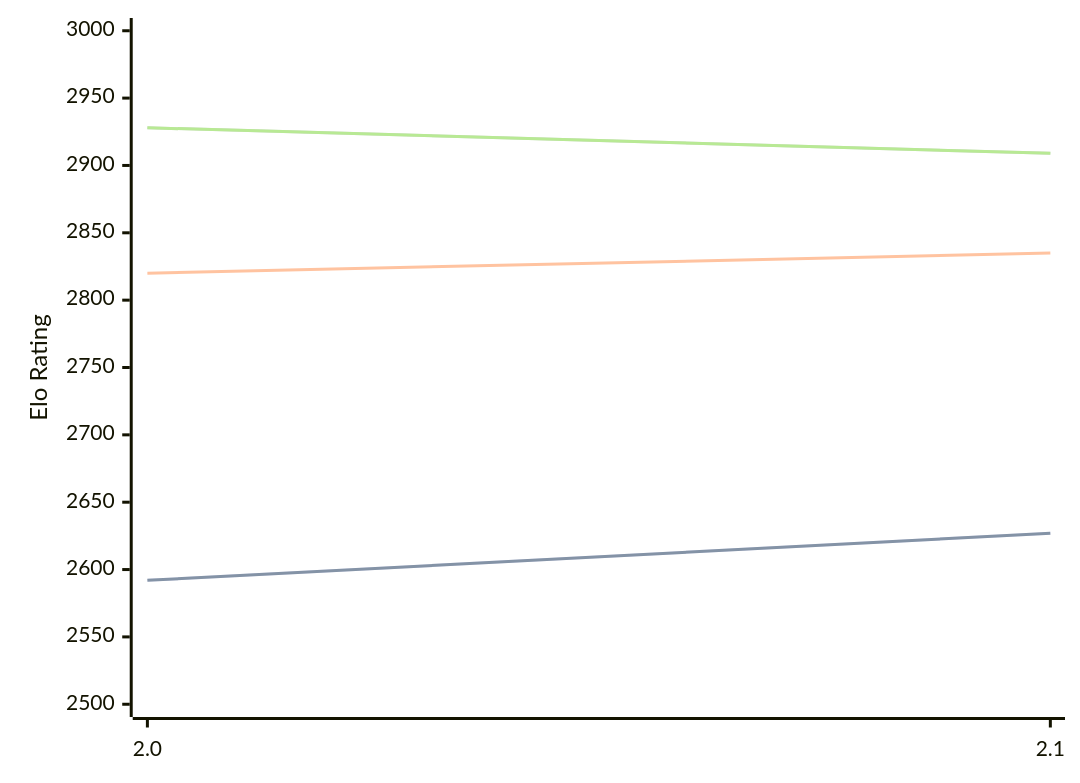
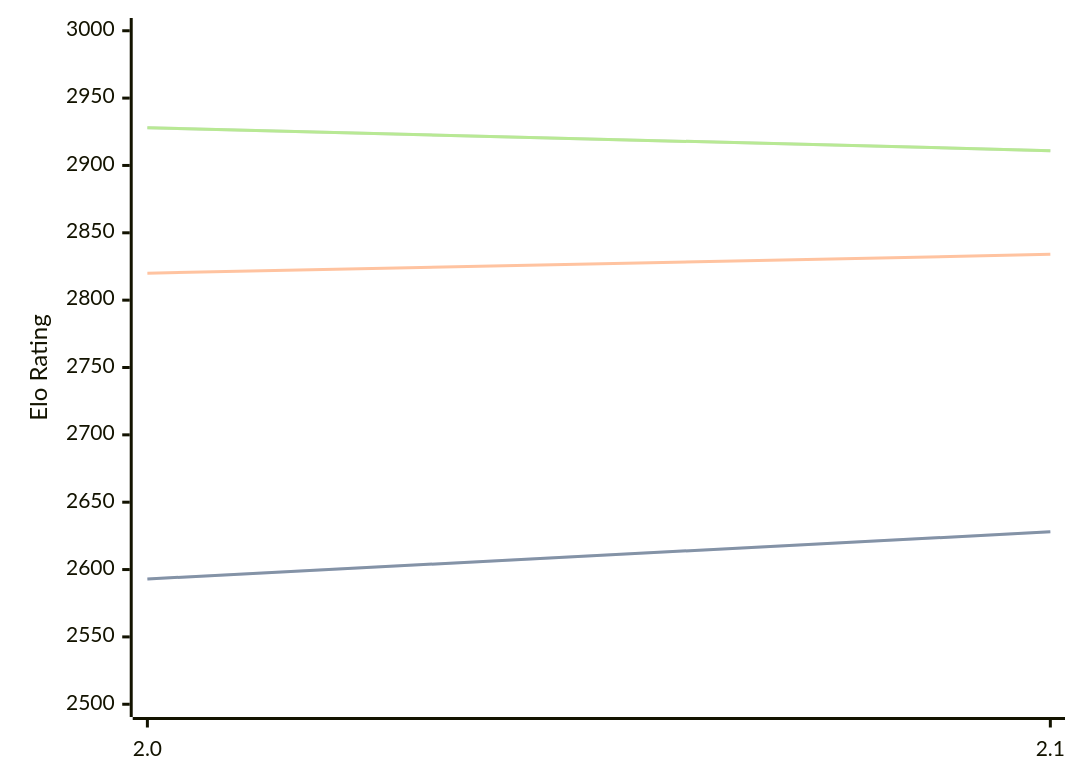
Before and after one commit to computer-chess-index/cci: the first of 3 diagrams in engines/Noggin.md, drawn with Mermaid. The commit also changed other lines of this file, not shown here.

Commit message:
Update CCI Ratings (ELO VLTC) - 2026-07-13

````diff
--- a/engines/Noggin.md
+++ b/engines/Noggin.md
@@ -33,11 +33,11 @@
 ```mermaid
 %%{init: {"theme":"base","themeVariables":{"seriesColors:['#a3a3a3','#222221','#faa371']}}}%%
 xychart-beta
   x-axis ["2.0", "2.1"]
   y-axis "Elo Rating" 2500 --> 3000
-  line "STC (8.0+0.08s)" [2592, 2627]
-  line "STC (8.0+0.08s)" [2592, 2627]
-  line "LTC (60.0+0.60s)" [2820, 2835]
-  line "VLTC (2m24s+1.12s)" [2928, 2909]
-  line "VLTC (2m24s+1.12s)" [2928, 2909]
+  line "STC (8.0+0.08s)" [2593, 2628]
+  line "STC (8.0+0.08s)" [2593, 2628]
+  line "LTC (60.0+0.60s)" [2820, 2834]
+  line "VLTC (2m24s+1.12s)" [2928, 2911]
+  line "VLTC (2m24s+1.12s)" [2928, 2911]
 ```
````
